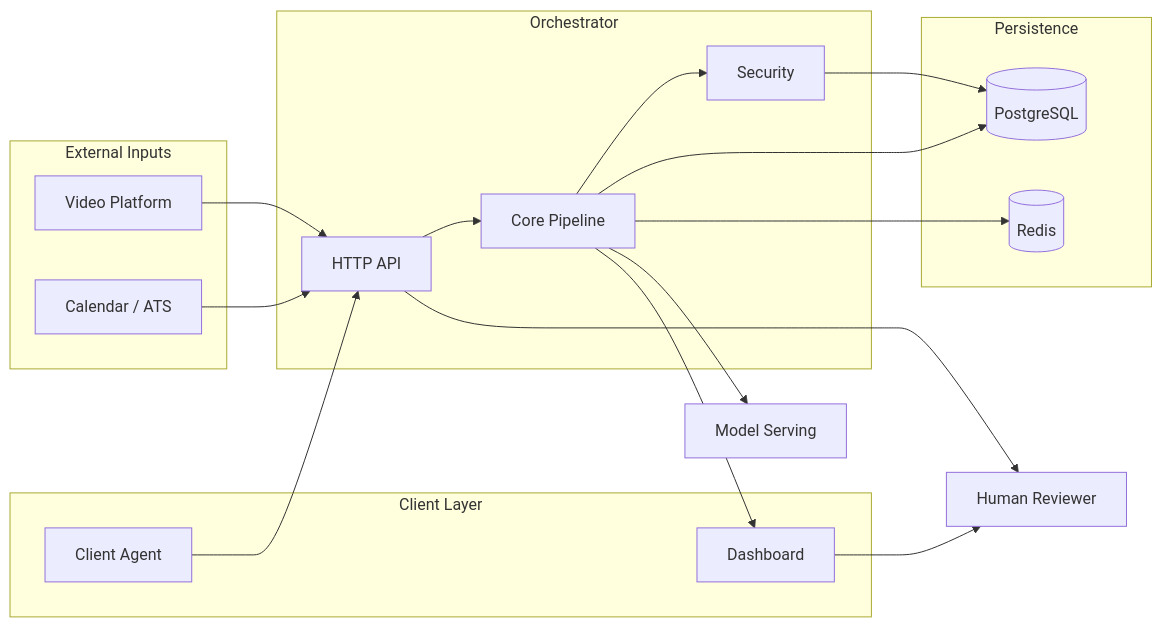
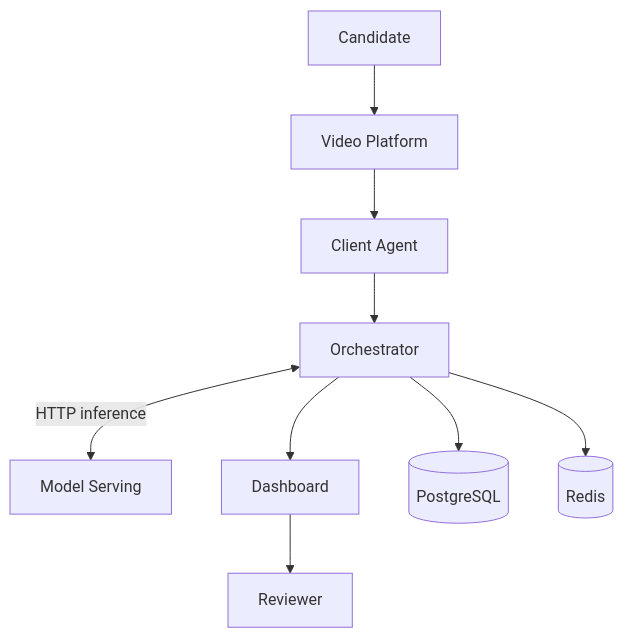
The first of 4 diagrams in README.md (Vinayak150/sherlock-interview-integrity-system), drawn with Mermaid before and after one commit. The commit also changed other lines of this file and 113 other files, not shown here.

````diff
--- a/README.md
+++ b/README.md
@@ -116,40 +255,23 @@
 ```mermaid
-flowchart LR
+flowchart TB
+  CAND["Candidate"]
+  VP["Video Platform"]
+  CA["Client Agent"]
+  ORCH["Orchestrator"]
+  MS["Model Serving"]
+  DASH["Dashboard"]
+  REV["Reviewer"]
 
-  subgraph EXT["External Inputs"]
-    VP["Video Platform"]
-    ATS["Calendar / ATS"]
-  end
+  PG[("PostgreSQL")]
+  REDIS[("Redis")]
 
-  subgraph CLIENT["Client Layer"]
-    CA["Client Agent"]
-    DASH["Dashboard"]
-  end
+  CAND --> VP
+  VP --> CA
+  CA --> ORCH
+  ORCH <-->|"HTTP inference"| MS
+  ORCH --> DASH
+  DASH --> REV
 
-  subgraph CORE["Orchestrator"]
-    API["HTTP API"]
-    PIPE["Core Pipeline"]
-    SEC["Security"]
-  end
-
-  subgraph DATA["Persistence"]
-    PG[("PostgreSQL")]
-    RD[("Redis")]
-  end
-
-  MS["Model Serving"]
-  REV["Human Reviewer"]
-
-  VP --> API
-  ATS --> API
-  CA --> API
-  API --> PIPE
-  PIPE --> SEC
-  SEC --> PG
-  PIPE --> PG
-  PIPE --> RD
-  PIPE --> MS
-  PIPE --> DASH
-  DASH --> REV
-  API --> REV
+  ORCH --> PG
+  ORCH --> REDIS
 ```
````
